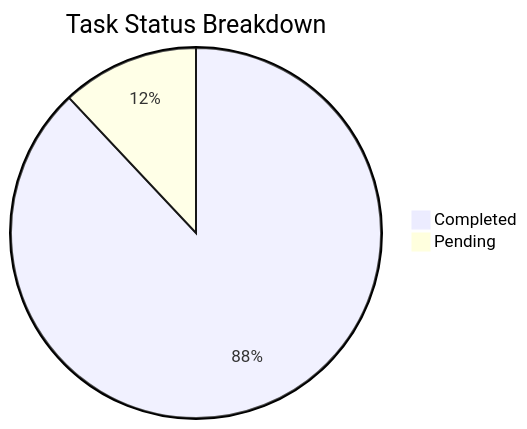
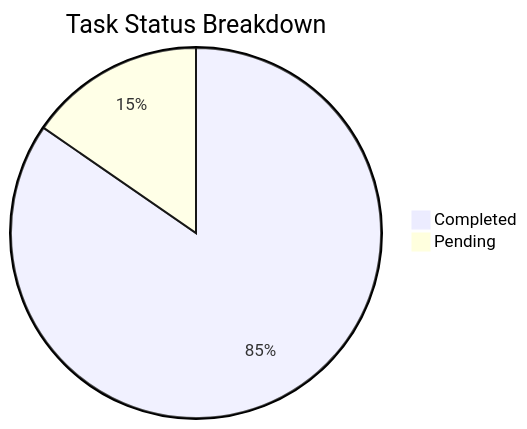
Before and after one commit to sagarms97/MyWorkDairy: the first of 2 diagrams in Sanchay/Analytics.md, drawn with Mermaid. The commit also changed other lines of this file and 14 other files, not shown here.

````diff
--- a/Sanchay/Analytics.md
+++ b/Sanchay/Analytics.md
@@ -12,5 +12,5 @@
 ```mermaid
 pie title Task Status Breakdown
     "Completed" : 44
-    "Pending" : 6
+    "Pending" : 8
 ```
````
